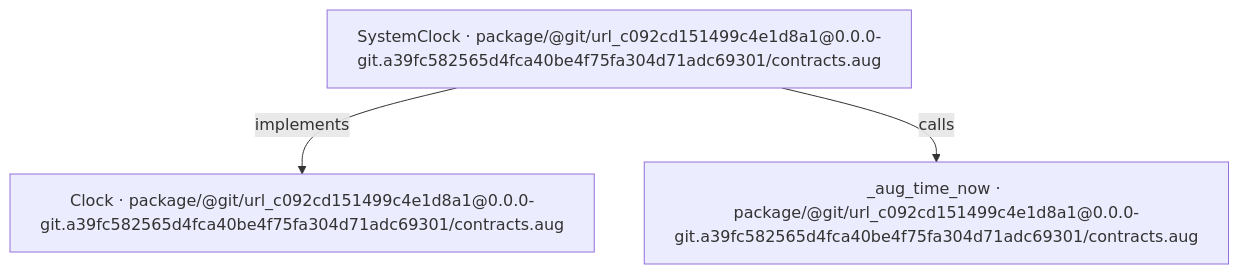
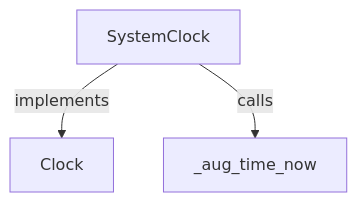
The first of 3 diagrams in docs/examples/oidc-login/dependencies/packages/@git/url_c092cd151499c4e1d8a1/0.0.0-git.a39fc582565d4fca40be4f75fa304d71adc69301/contracts-diagrams.md (GreenPandaStudios/augscript), drawn with Mermaid before and after one commit. The commit also changed other lines of this file and 524 other files, not shown here.

Commit message:
Explain checked data flow at folder and service levels

````diff
--- a/docs/examples/oidc-login/dependencies/packages/@git/url_c092cd151499c4e1d8a1/0.0.0-git.a39fc582565d4fca40be4f75fa304d71adc69301/contracts-diagrams.md
+++ b/docs/examples/oidc-login/dependencies/packages/@git/url_c092cd151499c4e1d8a1/0.0.0-git.a39fc582565d4fca40be4f75fa304d71adc69301/contracts-diagrams.md
@@ -19,8 +19,8 @@
 ```mermaid
 flowchart TD
-    n0["Clock · package/@git/url_c092cd151499c4e1d8a1@0.0.0-git.a39fc582565d4fca40be4f75fa304d71adc69301/contracts.aug"]
-    n1["SystemClock · package/@git/url_c092cd151499c4e1d8a1@0.0.0-git.a39fc582565d4fca40be4f75fa304d71adc69301/contracts.aug"]
-    n2["_aug_time_now · package/@git/url_c092cd151499c4e1d8a1@0.0.0-git.a39fc582565d4fca40be4f75fa304d71adc69301/contracts.aug"]
+    n0["Clock"]
+    n1["SystemClock"]
+    n2["_aug_time_now"]
     n1 -->|"implements"| n0
     n1 -->|"calls"| n2
 ```
````
